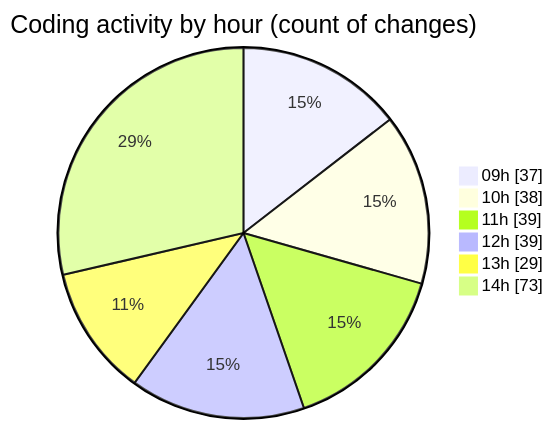
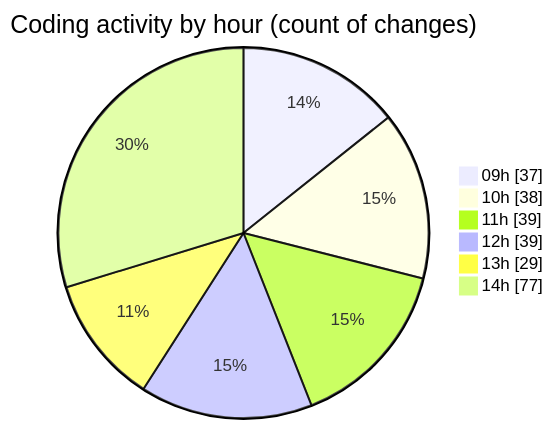
One commit to momahboobian/code-tracking changed the second of 2 diagrams in 2025-02-12/cda/README.md. Above: the diagram before and after it, drawn with Mermaid. The commit also changed other lines of this file and 1 other file, not shown here.

````diff
--- a/2025-02-12/cda/README.md
+++ b/2025-02-12/cda/README.md
@@ -39,10 +39,10 @@
 ```mermaid
 pie showData
 title Coding activity by hour (count of changes)
 "09h" : 37
 "10h" : 38
 "11h" : 39
 "12h" : 39
 "13h" : 29
-"14h" : 73
+"14h" : 77
 ```
````
